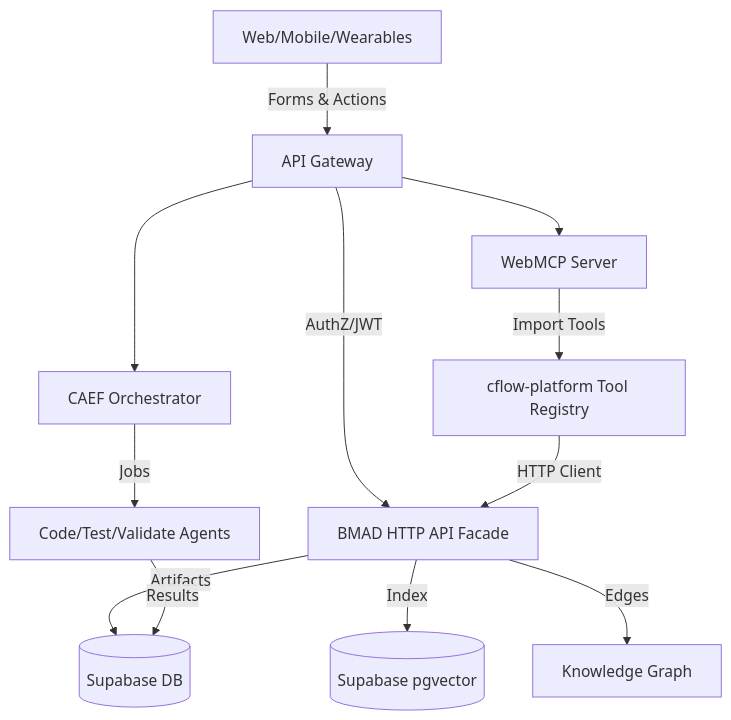
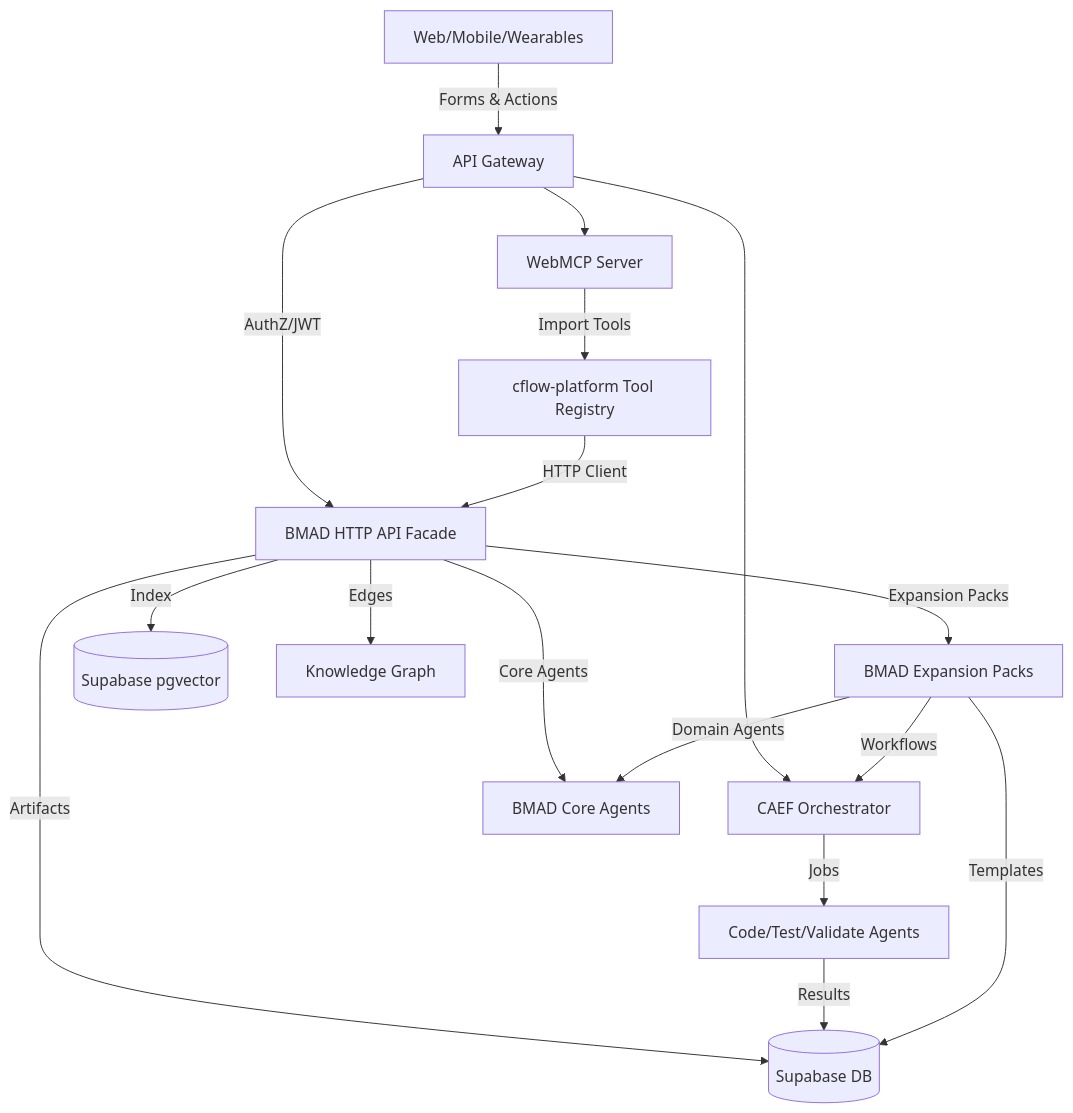
One commit to baerautotech/cflow-platform changed the first of 2 diagrams in docs/plans/BMAD_CORE_PLATFORM_INTEGRATION_PLAN.md. Above: the diagram before and after it, drawn with Mermaid. The commit also changed other lines of this file and 3 other files, not shown here.

````diff
--- a/docs/plans/BMAD_CORE_PLATFORM_INTEGRATION_PLAN.md
+++ b/docs/plans/BMAD_CORE_PLATFORM_INTEGRATION_PLAN.md
@@ -46,14 +47,19 @@
 ```mermaid
 graph TD
   U[Web/Mobile/Wearables] -->|Forms & Actions| GW[API Gateway]
   GW -->|AuthZ/JWT| BMAD[BMAD HTTP API Facade]
   GW --> CAEF[CAEF Orchestrator]
   GW --> WebMCP[WebMCP Server]
+  BMAD -->|Core Agents| CORE[BMAD Core Agents]
+  BMAD -->|Expansion Packs| EXP[BMAD Expansion Packs]
   BMAD -->|Artifacts| DB[(Supabase DB)]
   BMAD -->|Index| RAG[(Supabase pgvector)]
   BMAD -->|Edges| KG[Knowledge Graph]
   CAEF -->|Jobs| EXEC[Code/Test/Validate Agents]
   EXEC -->|Results| DB
   WebMCP -->|Import Tools| CFlow[cflow-platform Tool Registry]
   CFlow -->|HTTP Client| BMAD
+  EXP -->|Domain Agents| CORE
+  EXP -->|Templates| DB
+  EXP -->|Workflows| CAEF
 ```
````
